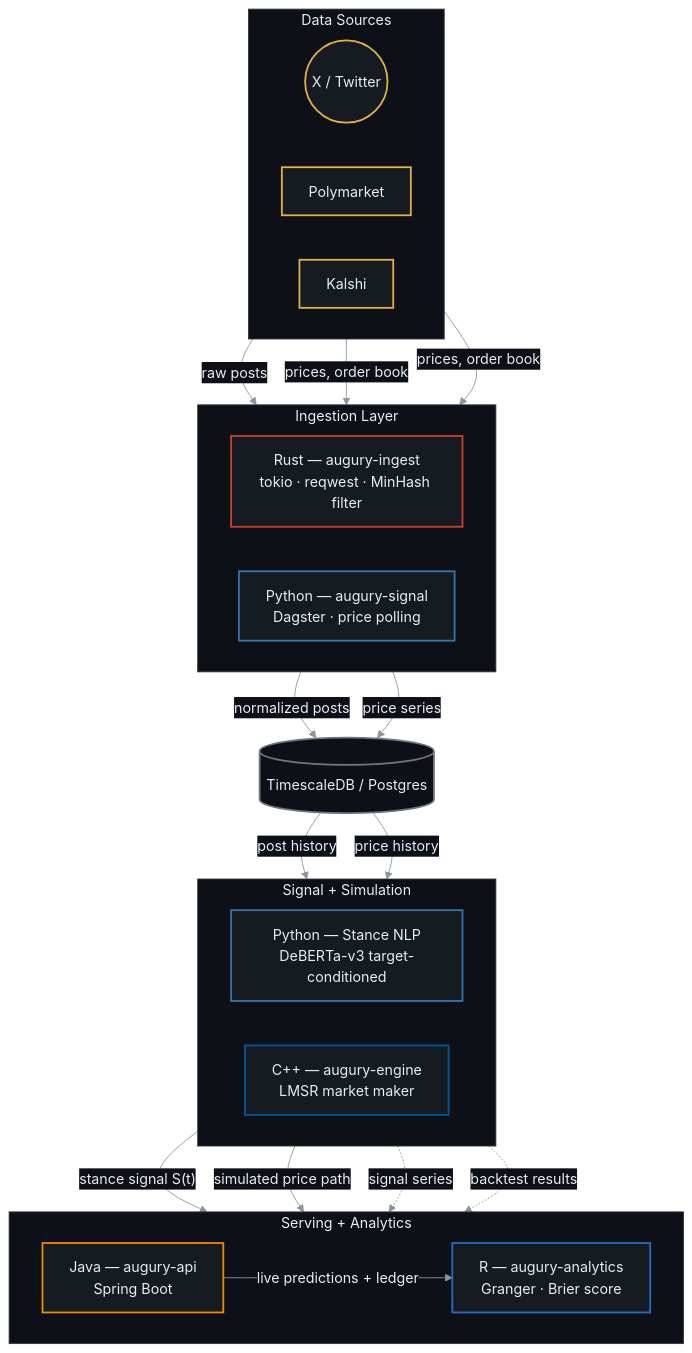
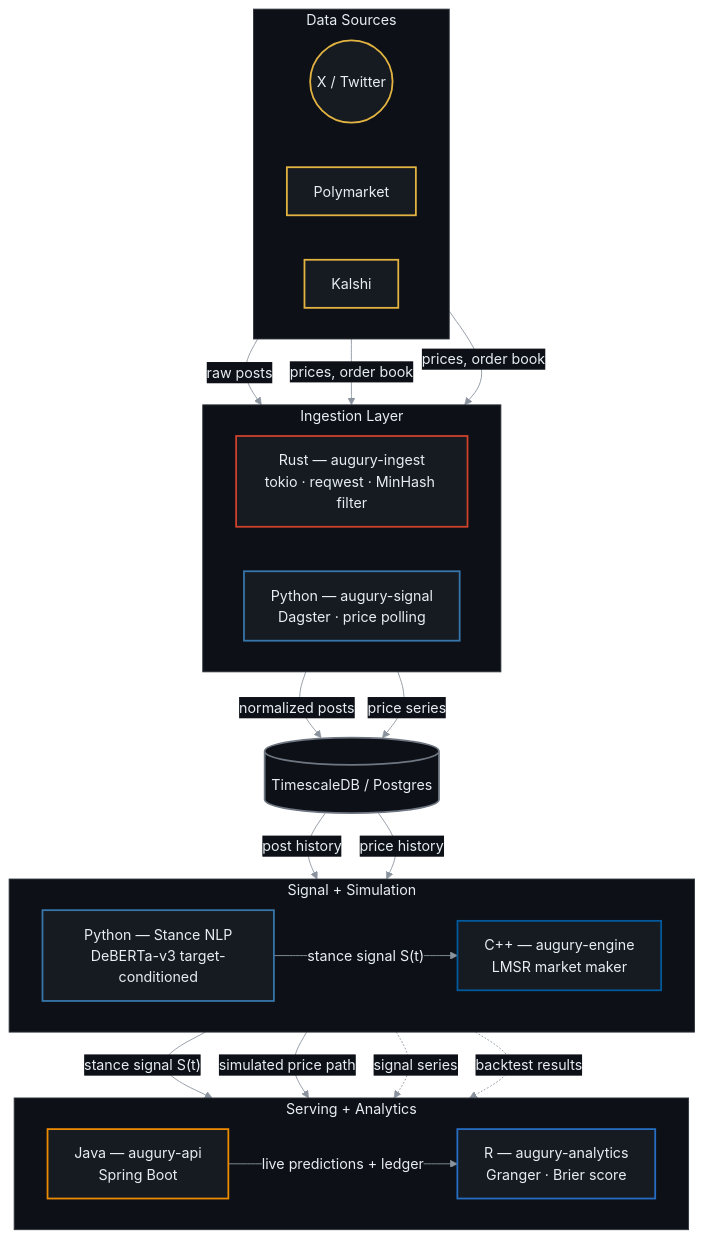
One commit to smparc/Augury changed the diagram in README.md. Above: the diagram before and after it, drawn with Mermaid. The commit also changed other lines of this file and 1 other file, not shown here.

````diff
--- a/README.md
+++ b/README.md
@@ -39,64 +38,65 @@
 ```mermaid
 %%{init: {'theme':'base', 'themeVariables': {'primaryColor':'#161b22','primaryTextColor':'#e6edf3','primaryBorderColor':'#30363d','lineColor':'#8b949e','edgeLabelBackground':'#0d1117'}}}%%
 flowchart TB
     subgraph SRC["Data Sources"]
         direction LR
         XAPI(("X / Twitter"))
         POLY["Polymarket"]
         KAL["Kalshi"]
     end
 
     subgraph ING["Ingestion Layer"]
         direction LR
         RUST["Rust — augury-ingest<br/>tokio · reqwest · MinHash filter"]
         PYSIG["Python — augury-signal<br/>Dagster · price polling"]
     end
 
     DB[("TimescaleDB / Postgres")]
 
     subgraph PROC["Signal + Simulation"]
         direction LR
         NLP["Python — Stance NLP<br/>DeBERTa-v3 target-conditioned"]
         CPP["C++ — augury-engine<br/>LMSR market maker"]
     end
 
     subgraph SERVE["Serving + Analytics"]
         direction LR
         JAVA["Java — augury-api<br/>Spring Boot"]
         RLANG["R — augury-analytics<br/>Granger · Brier score"]
     end
 
     XAPI -->|"raw posts"| RUST
     POLY -->|"prices, order book"| PYSIG
     KAL -->|"prices, order book"| PYSIG
     RUST -->|"normalized posts"| DB
     PYSIG -->|"price series"| DB
     DB -->|"post history"| NLP
     DB -->|"price history"| CPP
+    NLP -->|"stance signal S(t)"| CPP
     NLP -->|"stance signal S(t)"| JAVA
     CPP -->|"simulated price path"| JAVA
     NLP -.->|"signal series"| RLANG
     CPP -.->|"backtest results"| RLANG
     JAVA -->|"live predictions + ledger"| RLANG
 
     classDef srcStyle fill:#161b22,stroke:#E3B341,stroke-width:2px,color:#e6edf3
     classDef rustStyle fill:#161b22,stroke:#CE422B,stroke-width:2px,color:#e6edf3
     classDef pyStyle fill:#161b22,stroke:#3776AB,stroke-width:2px,color:#e6edf3
     classDef cppStyle fill:#161b22,stroke:#00599C,stroke-width:2px,color:#e6edf3
     classDef javaStyle fill:#161b22,stroke:#ED8B00,stroke-width:2px,color:#e6edf3
     classDef rStyle fill:#161b22,stroke:#276DC3,stroke-width:2px,color:#e6edf3
     classDef dbStyle fill:#0d1117,stroke:#6e7681,stroke-width:2px,color:#e6edf3
 
     class XAPI,POLY,KAL srcStyle
     class RUST rustStyle
     class PYSIG,NLP pyStyle
     class CPP cppStyle
     class JAVA javaStyle
     class RLANG rStyle
     class DB dbStyle
 
     style SRC fill:#0d1117,stroke:#30363d,stroke-width:1px,color:#e6edf3
     style ING fill:#0d1117,stroke:#30363d,stroke-width:1px,color:#e6edf3
     style PROC fill:#0d1117,stroke:#30363d,stroke-width:1px,color:#e6edf3
     style SERVE fill:#0d1117,stroke:#30363d,stroke-width:1px,color:#e6edf3
 ```
````
